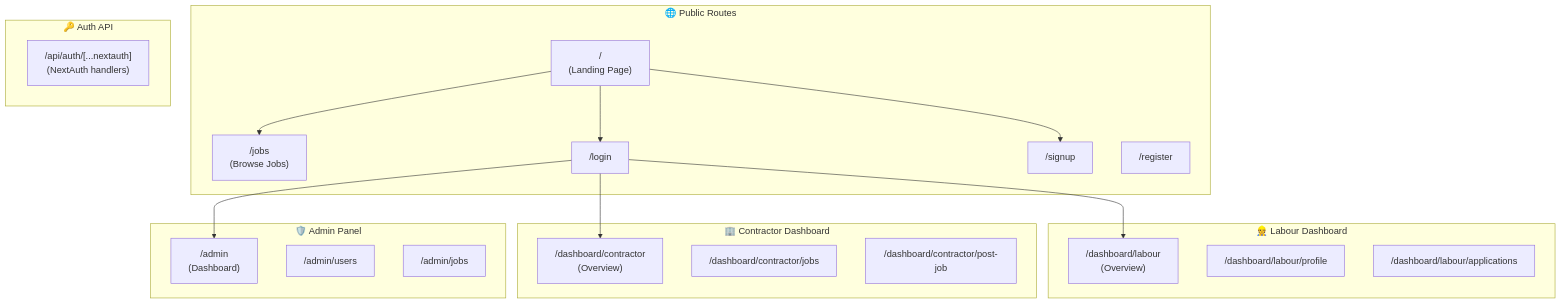
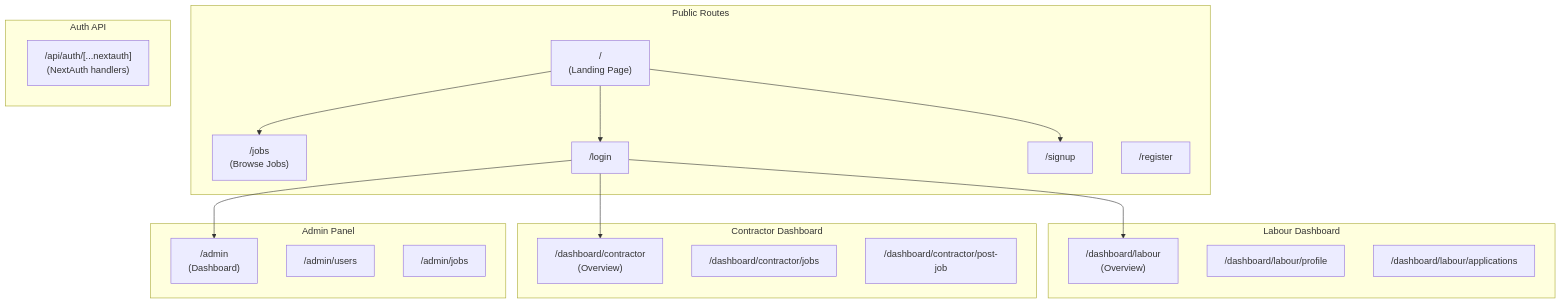
Diagram 12 of 15 in README.md (bidhuripriyanshu/LabourLink), drawn with Mermaid before and after one commit. The commit also changed other lines of this file, not shown here.

Commit message:
Rename project from Local Labour Connect to LabourLink

````diff
--- a/README.md
+++ b/README.md
@@ -449,39 +449,39 @@
 ```mermaid
 graph TD
-    subgraph Public ["🌐 Public Routes"]
+    subgraph Public [" Public Routes"]
         ROOT["/\n(Landing Page)"]
         JOBS["/jobs\n(Browse Jobs)"]
         LOGIN["/login"]
         SIGNUP["/signup"]
         REGISTER["/register"]
     end
 
-    subgraph Auth_API ["🔑 Auth API"]
+    subgraph Auth_API [" Auth API"]
         AUTHAPI["/api/auth/[...nextauth]\n(NextAuth handlers)"]
     end
 
-    subgraph Labour_Dashboard ["👷 Labour Dashboard"]
+    subgraph Labour_Dashboard [" Labour Dashboard"]
         LD["/dashboard/labour\n(Overview)"]
         LD_PROFILE["/dashboard/labour/profile"]
         LD_APPS["/dashboard/labour/applications"]
     end
 
-    subgraph Contractor_Dashboard ["🏢 Contractor Dashboard"]
+    subgraph Contractor_Dashboard [" Contractor Dashboard"]
         CD["/dashboard/contractor\n(Overview)"]
         CD_JOBS["/dashboard/contractor/jobs"]
         CD_POST["/dashboard/contractor/post-job"]
     end
 
-    subgraph Admin_Panel ["🛡️ Admin Panel"]
+    subgraph Admin_Panel [" Admin Panel"]
         AD["/admin\n(Dashboard)"]
         AD_USERS["/admin/users"]
         AD_JOBS["/admin/jobs"]
     end
 
     ROOT --> LOGIN
     ROOT --> SIGNUP
     ROOT --> JOBS
     LOGIN --> LD
     LOGIN --> CD
     LOGIN --> AD
 ```
````
